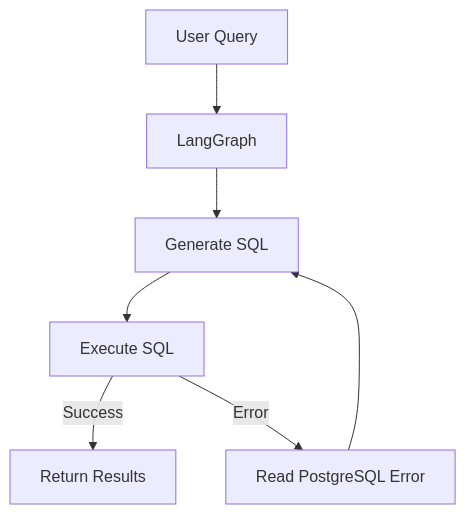
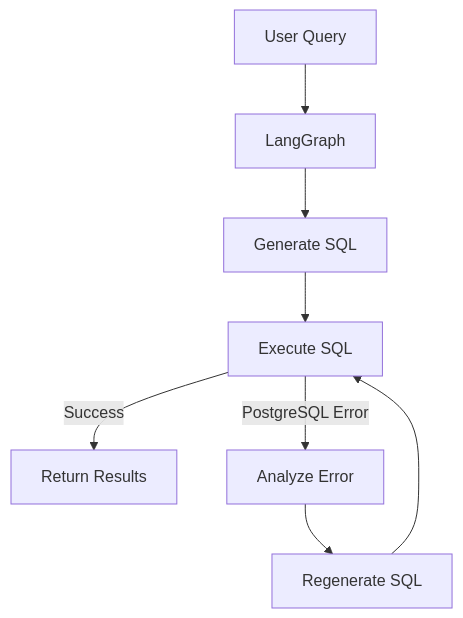
One commit to varad9248/nl-database-analyst changed the diagram in README.md. Above: the diagram before and after it, drawn with Mermaid. The commit also changed other lines of this file, not shown here.

````diff
--- a/README.md
+++ b/README.md
@@ -39,16 +68,18 @@
 ```mermaid
 graph TD
 
 A[User Query]
 --> B[LangGraph]
 
 B --> C[Generate SQL]
 
 C --> D[Execute SQL]
 
 D -->|Success| E[Return Results]
 
-D -->|Error| F[Read PostgreSQL Error]
+D -->|PostgreSQL Error| F[Analyze Error]
 
-F --> C
+F --> G[Regenerate SQL]
+
+G --> D
 ```
````
